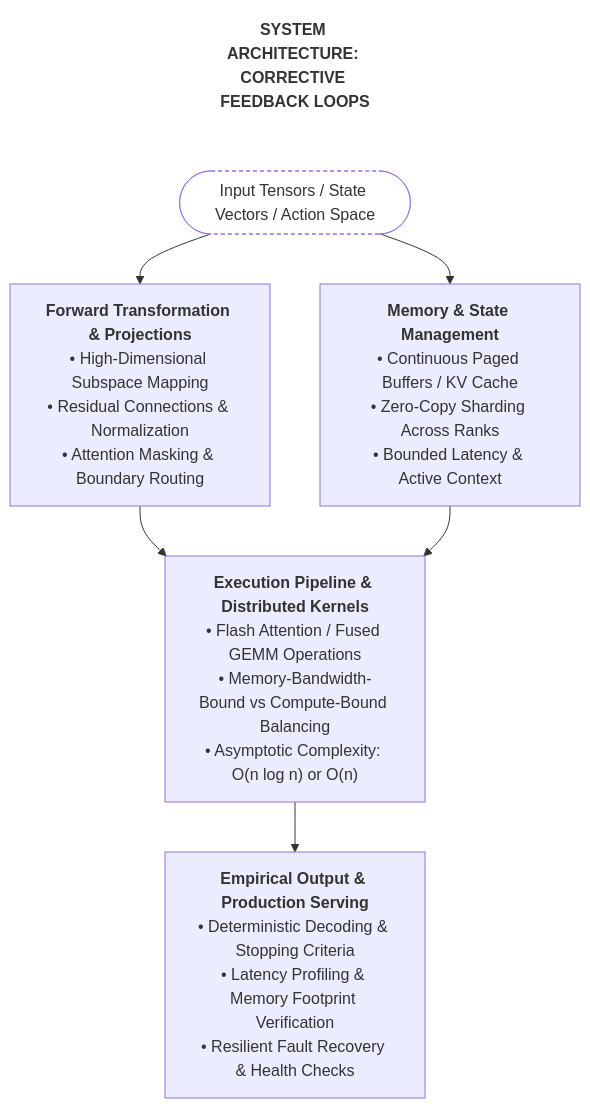
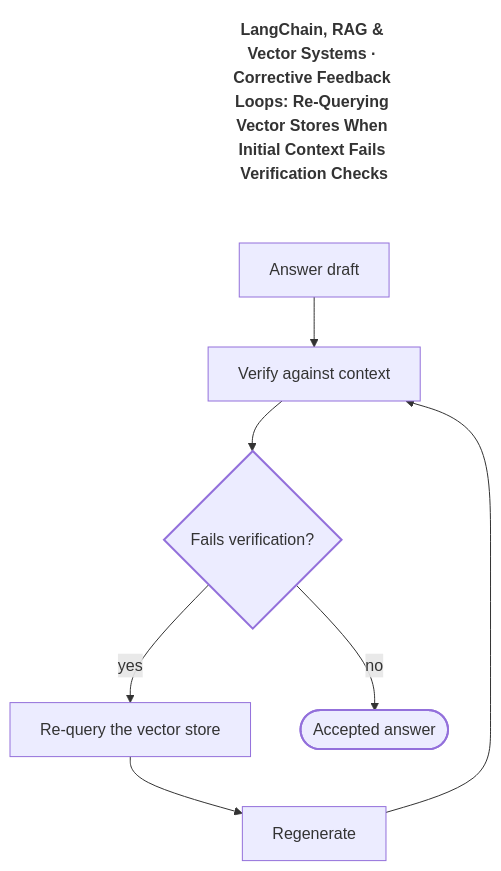
One commit to SahajIVVIX-1/blogs changed the diagram in src/content/posts/2026/05/2026-05-19-lc-93-corrective-feedback-loops.md. Above: the diagram before and after it, drawn with Mermaid. The commit also changed 361 other files, not shown here.

Commit message:
content: study flowcharts phases 13-15 and 7.2; all 1,307 study posts now have unique Mermaid diagrams

````diff
--- a/src/content/posts/2026/05/2026-05-19-lc-93-corrective-feedback-loops.md
+++ b/src/content/posts/2026/05/2026-05-19-lc-93-corrective-feedback-loops.md
@@ -48,17 +48,23 @@
 ```mermaid
 flowchart TD
-    T(["SYSTEM ARCHITECTURE: CORRECTIVE FEEDBACK LOOPS"]):::title
-    I(["Input Tensors / State Vectors / Action Space"]):::io
-    L["<b>Forward Transformation #amp; Projections</b><br/>• High-Dimensional Subspace Mapping<br/>• Residual Connections #amp; Normalization<br/>• Attention Masking #amp; Boundary Routing"]
-    R["<b>Memory #amp; State Management</b><br/>• Continuous Paged Buffers / KV Cache<br/>• Zero-Copy Sharding Across Ranks<br/>• Bounded Latency #amp; Active Context"]
-    E["<b>Execution Pipeline #amp; Distributed Kernels</b><br/>• Flash Attention / Fused GEMM Operations<br/>• Memory-Bandwidth-Bound vs Compute-Bound Balancing<br/>• Asymptotic Complexity: O(n log n) or O(n)"]
-    O["<b>Empirical Output #amp; Production Serving</b><br/>• Deterministic Decoding #amp; Stopping Criteria<br/>• Latency Profiling #amp; Memory Footprint Verification<br/>• Resilient Fault Recovery #amp; Health Checks"]
-    T ~~~ I
-    I --> L
-    I --> R
-    L --> E
-    R --> E
-    E --> O
+    T(["LangChain, RAG #amp; Vector Systems · Corrective Feedback Loops: Re-Querying Vector Stores When Initial Context Fails Verification Checks"]):::title
+    a["Answer draft"]
+    b["Verify against context"]
+    c{"Fails verification?"}
+    d["Re-query the vector store"]
+    e["Regenerate"]
+    f(["Accepted answer"])
+    T ~~~ a
+    a --> b
+    b --> c
+    c -- "yes" --> d
+    d --> e
+    e --> b
+    c -- "no" --> f
+    class c dec
+    class f term
     classDef title fill:transparent,stroke:transparent,font-weight:700;
-    classDef io fill:transparent,stroke-dasharray:4 3;
+    classDef term stroke-width:2px;
+    classDef store stroke-dasharray:4 3;
+    classDef dec stroke-width:2px;
 ```
````
